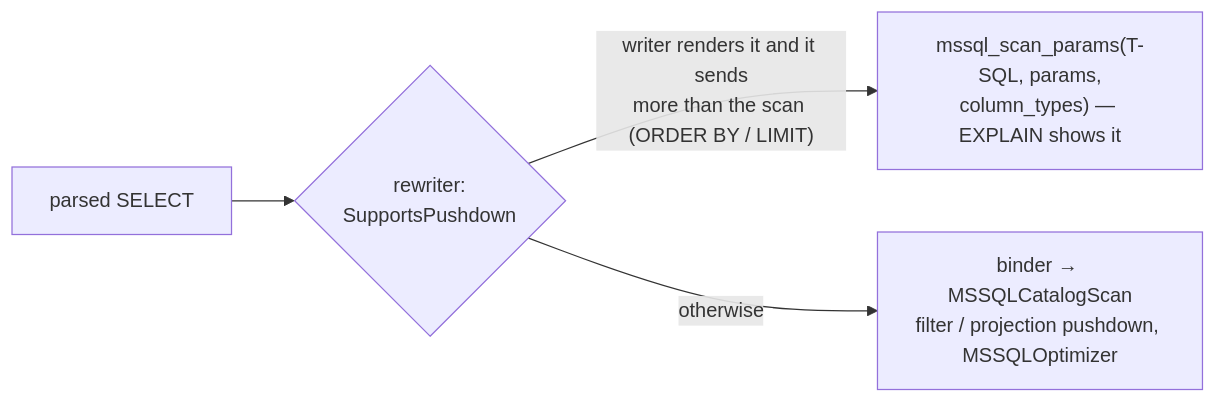
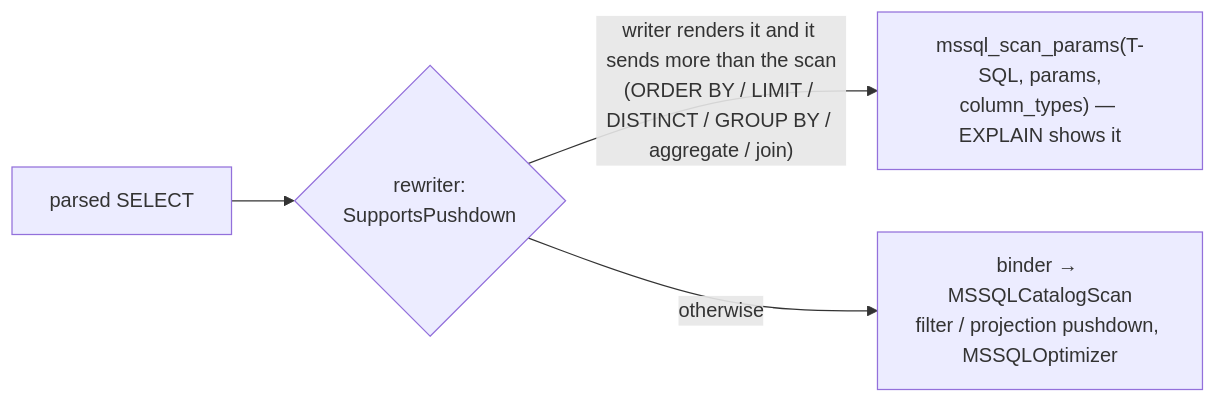
One commit to hugr-lab/mssql-extension changed diagram 14 of 16 in DATAMODEL.md. Above: the diagram before and after it, drawn with Mermaid. The commit also changed other lines of this file and 10 other files, not shown here.

First line of the commit message:
spec 079 PR D: joins, aggregates, GROUP BY / HAVING, DISTINCT in the remote pushdown (#397)

````diff
--- a/DATAMODEL.md
+++ b/DATAMODEL.md
@@ -785,6 +785,6 @@
 ```mermaid
 flowchart LR
     P[parsed SELECT] --> R{rewriter:<br/>SupportsPushdown}
-    R -- "writer renders it and it sends<br/>more than the scan (ORDER BY / LIMIT)" --> V["mssql_scan_params(T-SQL, params,<br/>column_types) — EXPLAIN shows it"]
+    R -- "writer renders it and it sends more than the scan<br/>(ORDER BY / LIMIT / DISTINCT / GROUP BY / aggregate / join)" --> V["mssql_scan_params(T-SQL, params,<br/>column_types) — EXPLAIN shows it"]
     R -- otherwise --> B[binder → MSSQLCatalogScan<br/>filter / projection pushdown, MSSQLOptimizer]
 ```
````
